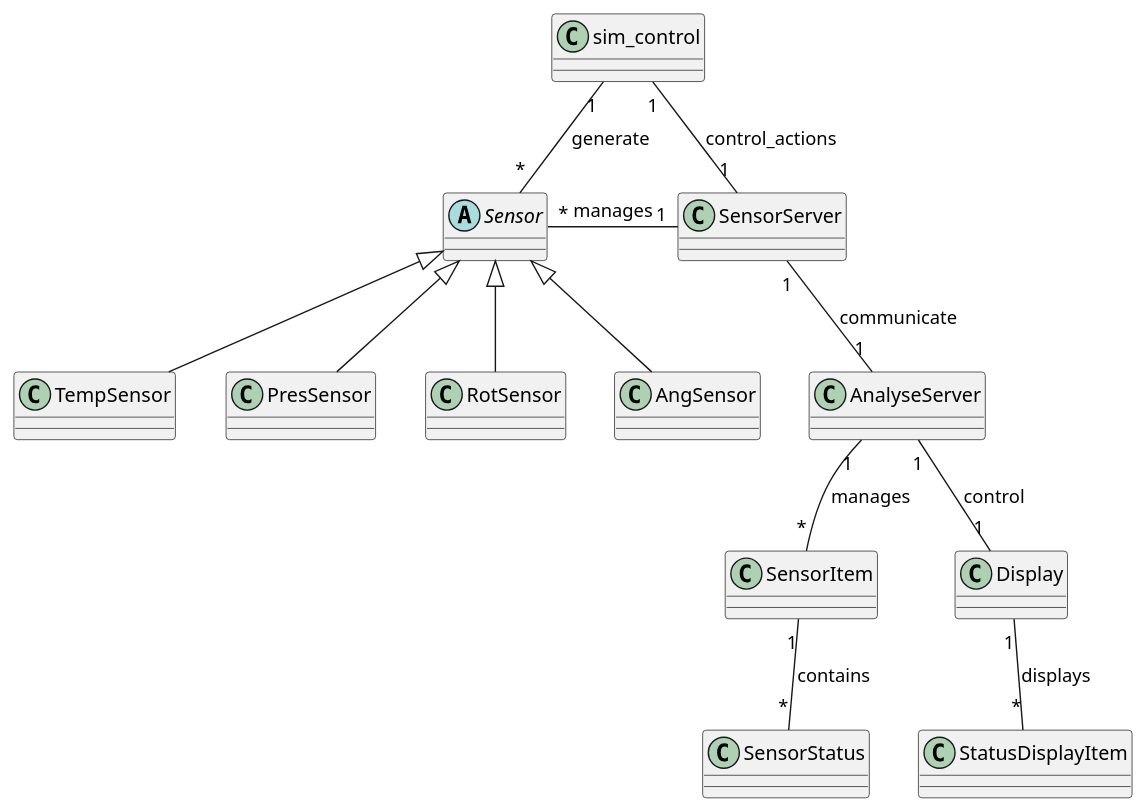
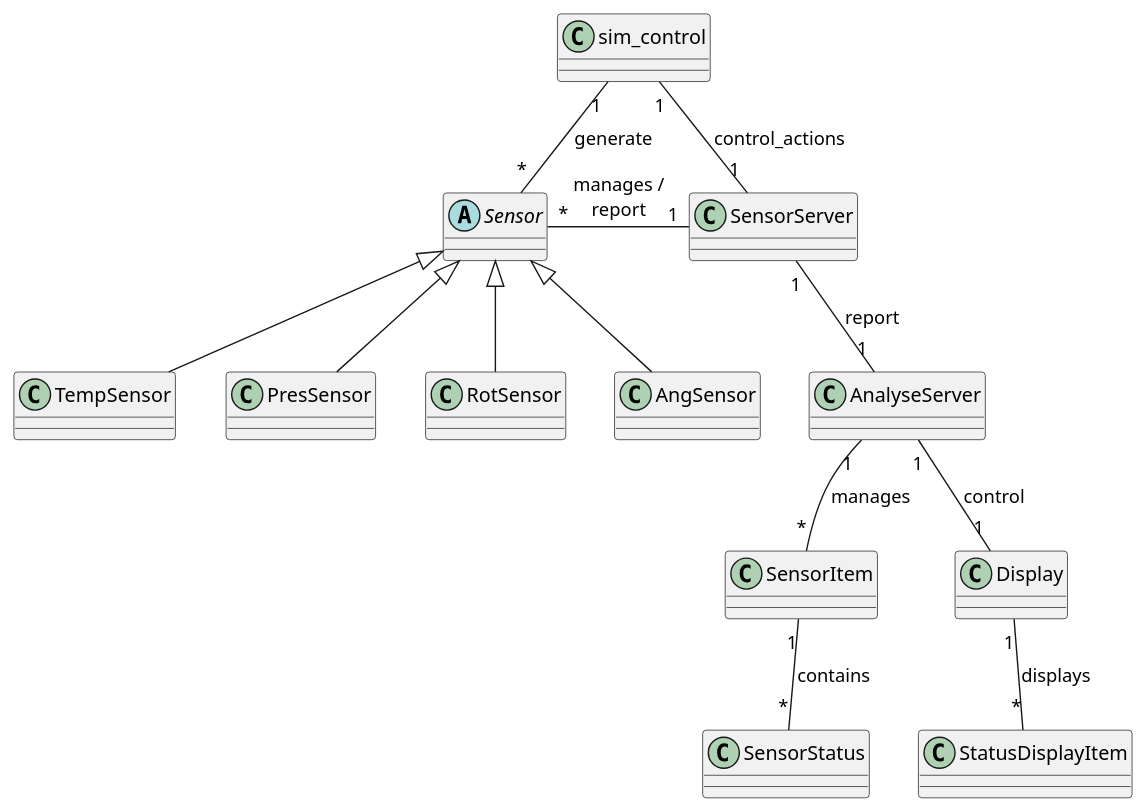
The diagram in _01_project/_09_docu/code/class_min.puml (theRealHarlequin/distributed-systems), drawn with PlantUML before and after one commit. The commit also changed 7 other files, not shown here.

```diff
--- a/_01_project/_09_docu/code/class_min.puml
+++ b/_01_project/_09_docu/code/class_min.puml
@@ -1,52 +1,52 @@
 @startuml
 
 ' Abstract class Sensor
 abstract class Sensor {}
 
 ' Concrete Sensor classes
 class TempSensor {}
 
 class PresSensor {}
 
 class RotSensor {}
 
 class AngSensor {}
 
 ' SensorServer class
 class SensorServer {}
 
 ' sim_control class
 class sim_control {}
 
 ' SensorStatus class
 class SensorStatus {}
 
 ' SensorItem class
 class SensorItem {
 }
 
 ' StatusDisplayItem class
 class StatusDisplayItem {}
 
 ' Display class
 class Display {}
 
 ' AnalyseServer class
 class AnalyseServer {}
 
 ' Relationships
 Sensor <|-- TempSensor
 Sensor <|-- PresSensor
 Sensor <|-- RotSensor
 Sensor <|-- AngSensor
 
-SensorServer "1" -left- "*" Sensor : manages
-SensorServer "1" -- "1" AnalyseServer : communicate
+SensorServer "1" -left- "*" Sensor : manages /\nreport
+SensorServer "1" -- "1" AnalyseServer : report
 AnalyseServer "1" -- "1" Display: control
 sim_control "1" -- "*" Sensor : generate
 sim_control "1" -- "1" SensorServer : control_actions
 SensorItem "1" -- "*" SensorStatus : contains
 AnalyseServer "1" -- "*" SensorItem : manages
 Display "1" -- "*" StatusDisplayItem : displays
 
 @enduml
```
